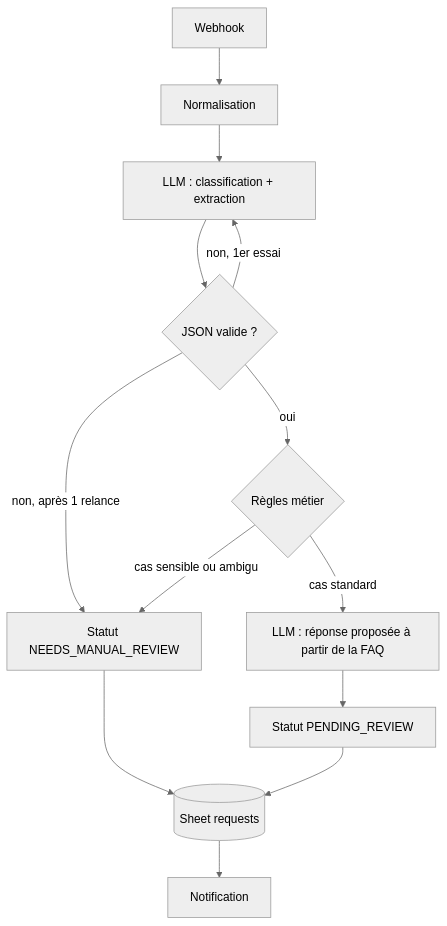
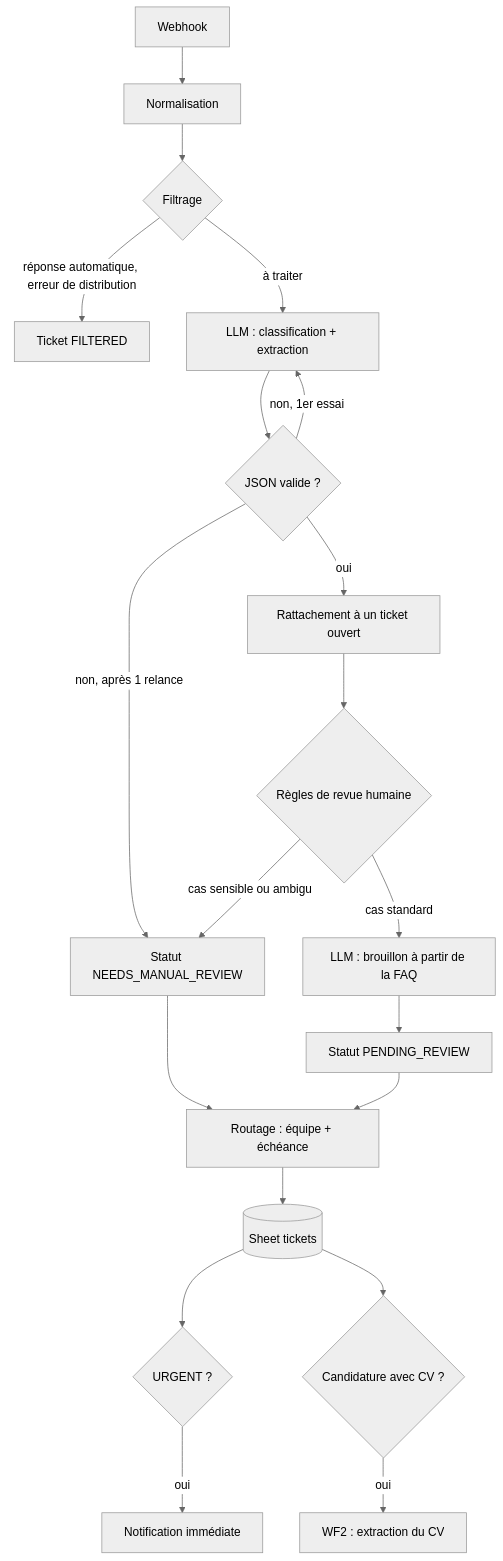
The third of 8 diagrams in docs/cdc.md (ToandroMananjara/ai-business-automation-n8n), drawn with Mermaid (neutral theme) before and after one commit. The commit also changed other lines of this file and 5 other files, not shown here.

````diff
--- a/docs/cdc.md
+++ b/docs/cdc.md
@@ -156,15 +210,22 @@
 ```mermaid
 flowchart TD
     A[Webhook] --> B[Normalisation]
-    B --> C[LLM : classification + extraction]
+    B --> F{Filtrage}
+    F -- réponse automatique, erreur de distribution --> FT[Ticket FILTERED]
+    F -- à traiter --> C[LLM : classification + extraction]
     C --> D{JSON valide ?}
     D -- non, 1er essai --> C
-    D -- non, après 1 relance --> R[Statut NEEDS_MANUAL_REVIEW]
-    D -- oui --> E{Règles métier}
-    E -- cas sensible ou ambigu --> R
-    E -- cas standard --> F[LLM : réponse proposée à partir de la FAQ]
-    F --> G[Statut PENDING_REVIEW]
-    G --> H[(Sheet requests)]
-    R --> H
-    H --> I[Notification]
+    D -- non, après 1 relance --> R
+    D -- oui --> L[Rattachement à un ticket ouvert]
+    L --> E{Règles de revue humaine}
+    E -- cas sensible ou ambigu --> R[Statut NEEDS_MANUAL_REVIEW]
+    E -- cas standard --> G[LLM : brouillon à partir de la FAQ]
+    G --> P[Statut PENDING_REVIEW]
+    R --> X[Routage : équipe + échéance]
+    P --> X
+    X --> H[(Sheet tickets)]
+    H --> U{URGENT ?}
+    U -- oui --> I[Notification immédiate]
+    H --> K{Candidature avec CV ?}
+    K -- oui --> W2[WF2 : extraction du CV]
 ```
````
